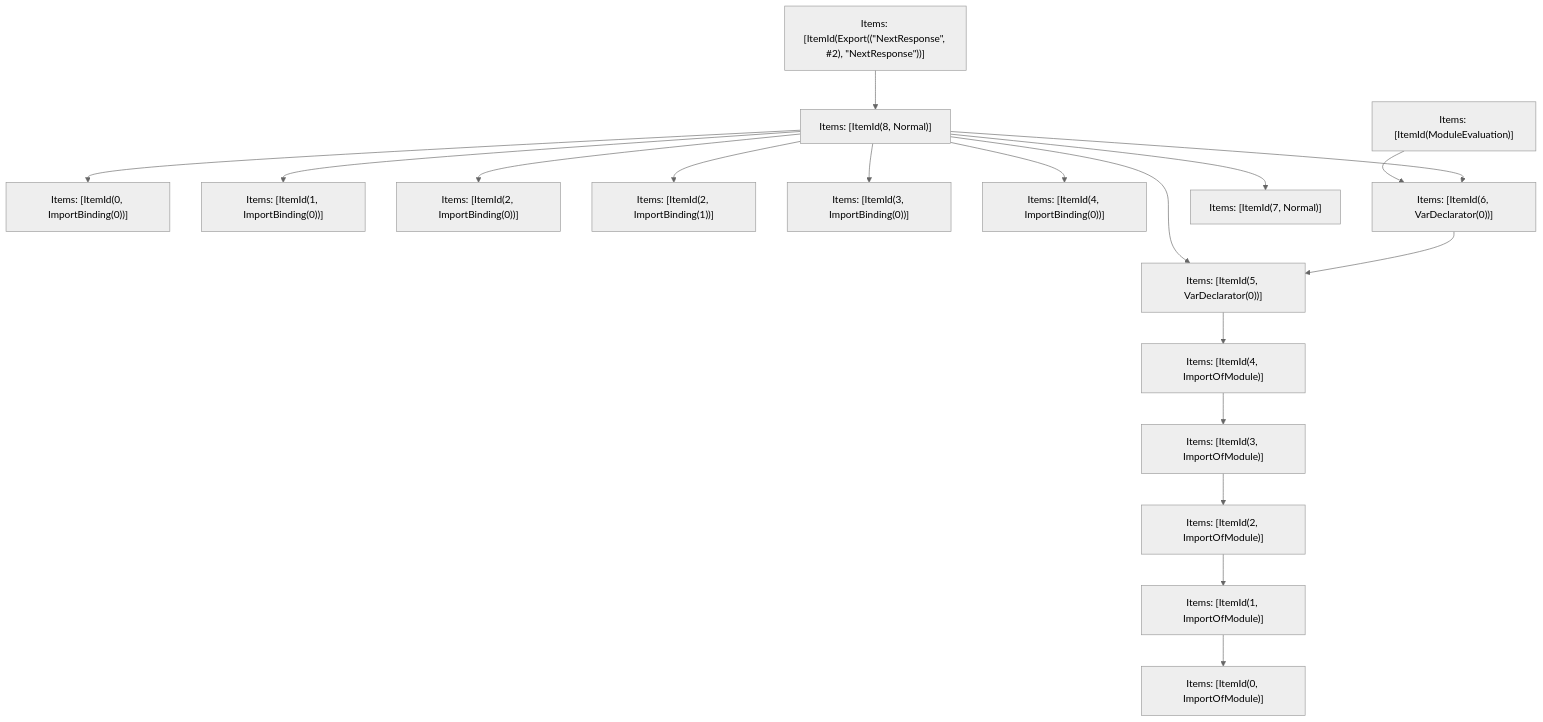
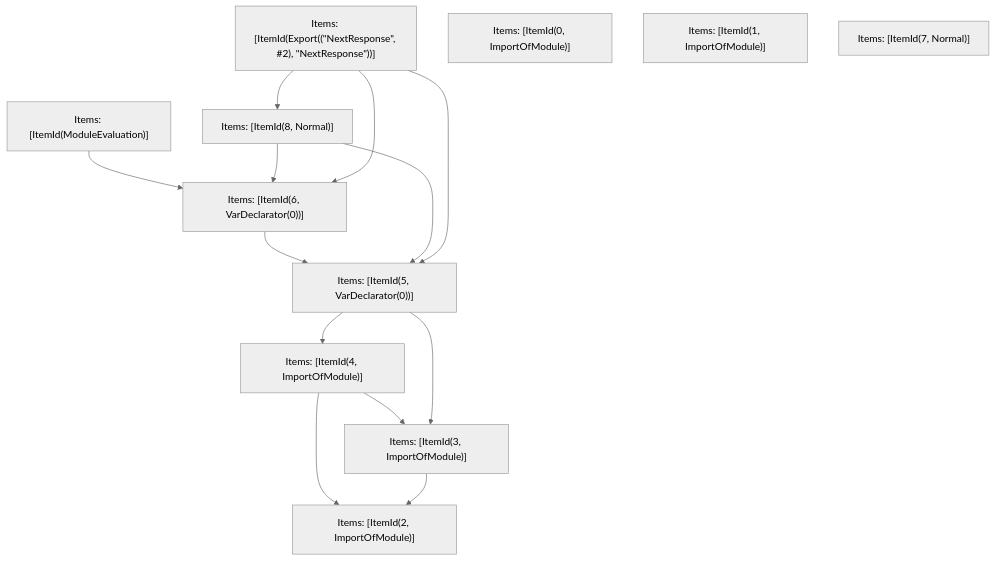
Before and after one commit to Sonar-UX-Testing-FreePlan/next.js: the fifth of 5 diagrams in turbopack/crates/turbopack-ecmascript/tests/tree-shaker/analyzer/next-response/output.md, drawn with Mermaid (neutral theme). The commit also changed other lines of this file and 38 other files, not shown here.

````diff
--- a/turbopack/crates/turbopack-ecmascript/tests/tree-shaker/analyzer/next-response/output.md
+++ b/turbopack/crates/turbopack-ecmascript/tests/tree-shaker/analyzer/next-response/output.md
@@ -411,37 +411,26 @@
 ```mermaid
 graph TD
     N0["Items: [ItemId(ModuleEvaluation)]"];
     N1["Items: [ItemId(Export((&quot;NextResponse&quot;, #2), &quot;NextResponse&quot;))]"];
-    N2["Items: [ItemId(0, ImportOfModule)]"];
-    N3["Items: [ItemId(0, ImportBinding(0))]"];
-    N4["Items: [ItemId(1, ImportOfModule)]"];
-    N5["Items: [ItemId(1, ImportBinding(0))]"];
-    N6["Items: [ItemId(2, ImportOfModule)]"];
-    N7["Items: [ItemId(2, ImportBinding(0))]"];
-    N8["Items: [ItemId(2, ImportBinding(1))]"];
-    N9["Items: [ItemId(3, ImportOfModule)]"];
-    N10["Items: [ItemId(3, ImportBinding(0))]"];
-    N11["Items: [ItemId(4, ImportOfModule)]"];
-    N12["Items: [ItemId(4, ImportBinding(0))]"];
-    N13["Items: [ItemId(5, VarDeclarator(0))]"];
-    N14["Items: [ItemId(6, VarDeclarator(0))]"];
-    N15["Items: [ItemId(7, Normal)]"];
-    N16["Items: [ItemId(8, Normal)]"];
+    N2["Items: [ItemId(2, ImportOfModule)]"];
+    N3["Items: [ItemId(3, ImportOfModule)]"];
+    N4["Items: [ItemId(4, ImportOfModule)]"];
+    N5["Items: [ItemId(5, VarDeclarator(0))]"];
+    N6["Items: [ItemId(6, VarDeclarator(0))]"];
+    N7["Items: [ItemId(8, Normal)]"];
+    N8["Items: [ItemId(0, ImportOfModule)]"];
+    N9["Items: [ItemId(1, ImportOfModule)]"];
+    N10["Items: [ItemId(7, Normal)]"];
     N4 --> N2;
-    N6 --> N4;
-    N9 --> N6;
-    N11 --> N9;
-    N13 --> N11;
-    N14 --> N13;
-    N16 --> N12;
-    N16 --> N3;
-    N16 --> N15;
-    N16 --> N10;
-    N16 --> N13;
-    N16 --> N5;
-    N16 --> N7;
-    N16 --> N14;
-    N16 --> N8;
-    N1 --> N16;
-    N0 --> N14;
+    N1 --> N7;
+    N3 --> N2;
+    N4 --> N3;
+    N5 --> N4;
+    N6 --> N5;
+    N0 --> N6;
+    N7 --> N6;
+    N5 --> N3;
+    N1 --> N6;
+    N7 --> N5;
+    N1 --> N5;
 ```
````
